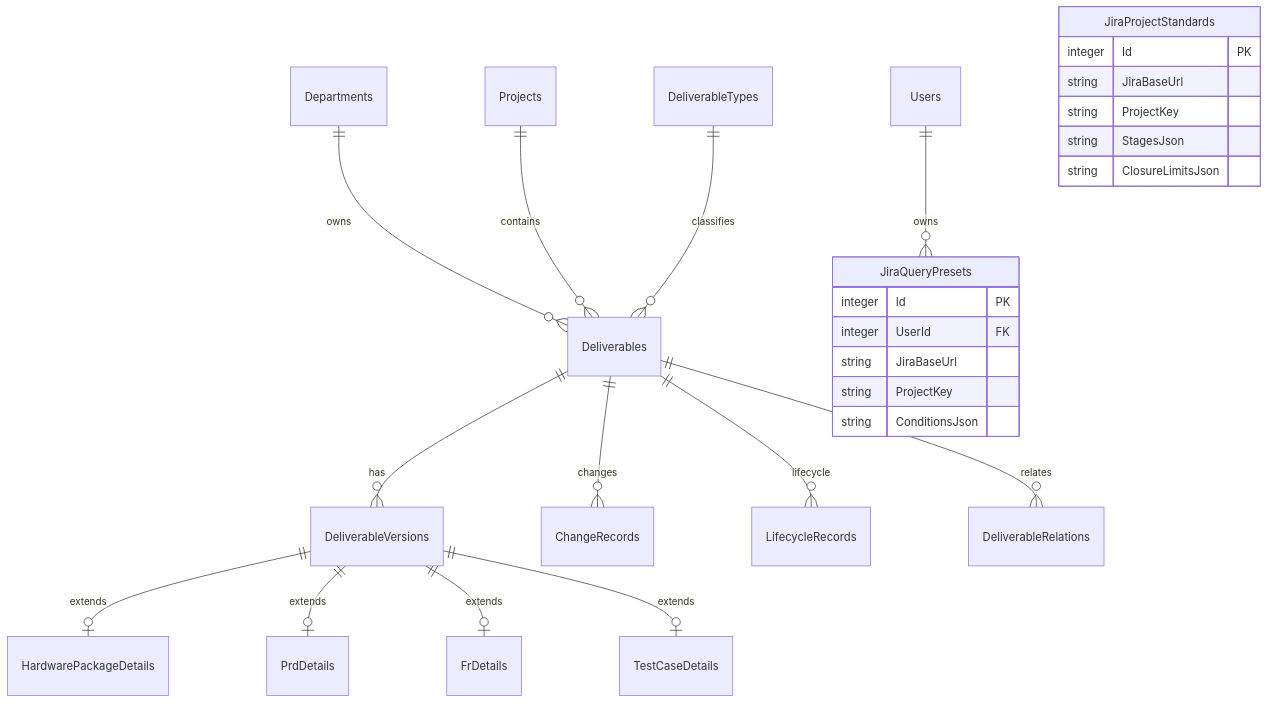
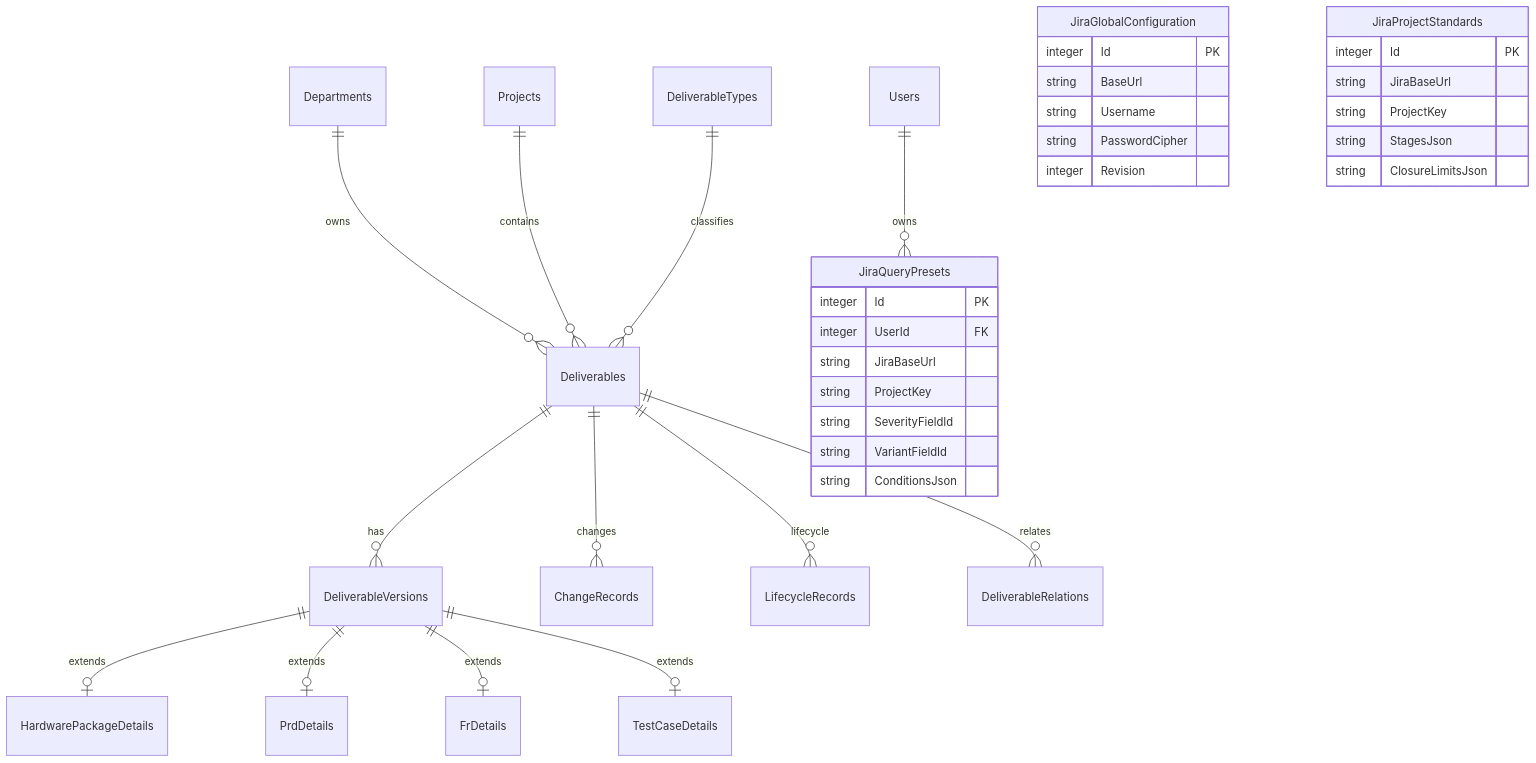
Before and after one commit to Nigori999/ad-deliverable-manager: the diagram in docs/DATABASE_ER.md, drawn with Mermaid. The commit also changed 17 other files, not shown here.

````diff
--- a/docs/DATABASE_ER.md
+++ b/docs/DATABASE_ER.md
@@ -3,29 +3,38 @@
 ```mermaid
 erDiagram
   Departments ||--o{ Deliverables : owns
   Projects ||--o{ Deliverables : contains
   DeliverableTypes ||--o{ Deliverables : classifies
   Deliverables ||--o{ DeliverableVersions : has
   DeliverableVersions ||--o| HardwarePackageDetails : extends
   DeliverableVersions ||--o| PrdDetails : extends
   DeliverableVersions ||--o| FrDetails : extends
   DeliverableVersions ||--o| TestCaseDetails : extends
   Deliverables ||--o{ ChangeRecords : changes
   Deliverables ||--o{ LifecycleRecords : lifecycle
   Deliverables ||--o{ DeliverableRelations : relates
   Users ||--o{ JiraQueryPresets : owns
+  JiraGlobalConfiguration {
+    integer Id PK
+    string BaseUrl
+    string Username
+    string PasswordCipher
+    integer Revision
+  }
   JiraProjectStandards {
     integer Id PK
     string JiraBaseUrl
     string ProjectKey
     string StagesJson
     string ClosureLimitsJson
   }
   JiraQueryPresets {
     integer Id PK
     integer UserId FK
     string JiraBaseUrl
     string ProjectKey
+    string SeverityFieldId
+    string VariantFieldId
     string ConditionsJson
   }
 ```
````
